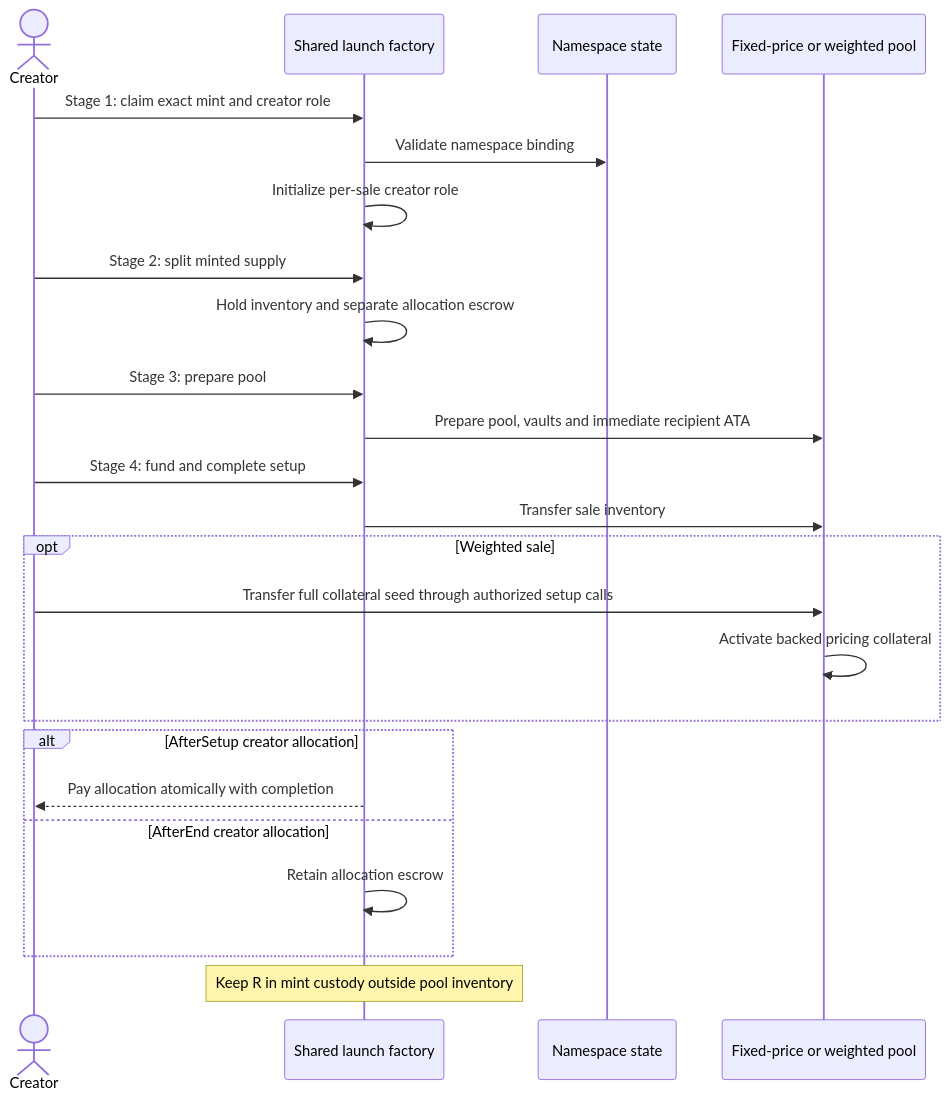
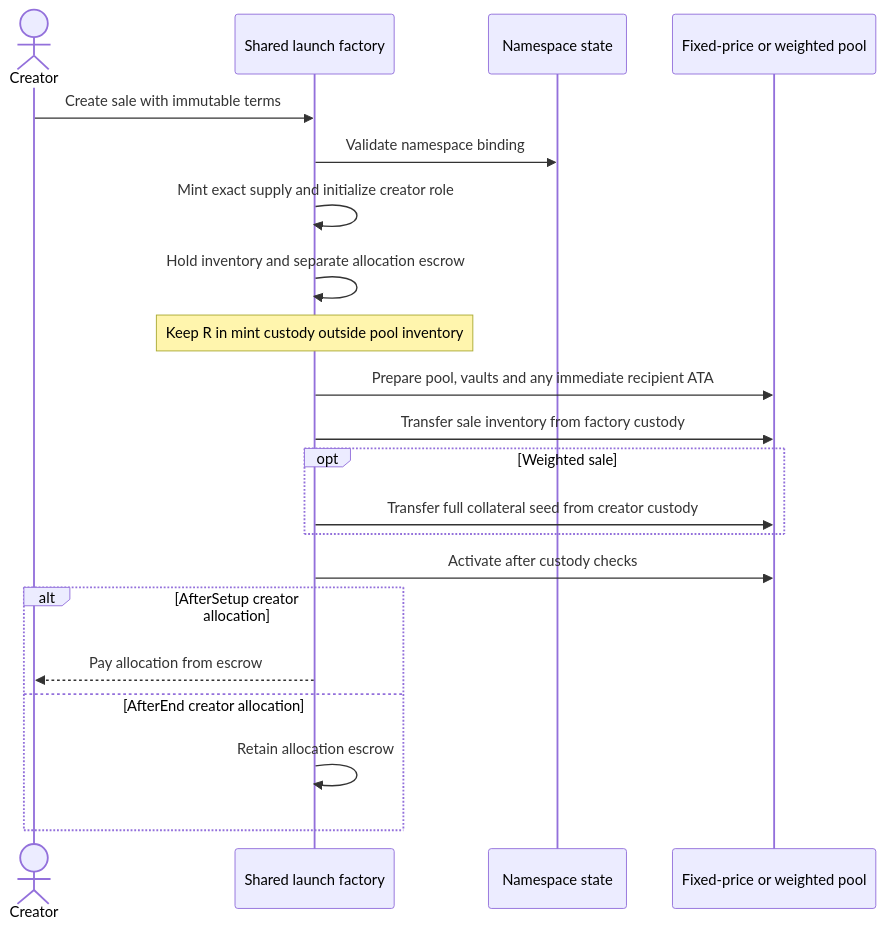
The diagram in docs/architecture/sequence-diagrams/create-lbp-pool.md (bleu/logos-launchpad), drawn with Mermaid before and after one commit. The commit also changed other lines of this file and 31 other files, not shown here.

First line of the commit message:
Create and fund public sales in one transaction (#64)

````diff
--- a/docs/architecture/sequence-diagrams/create-lbp-pool.md
+++ b/docs/architecture/sequence-diagrams/create-lbp-pool.md
@@ -7,27 +7,24 @@
 ```mermaid
 sequenceDiagram
     actor Creator
     participant Factory as Shared launch factory
     participant Namespace as Namespace state
     participant Pool as Fixed-price or weighted pool
 
-    Creator->>Factory: Stage 1: claim exact mint and creator role
+    Creator->>Factory: Create sale with immutable terms
     Factory->>Namespace: Validate namespace binding
-    Factory->>Factory: Initialize per-sale creator role
-    Creator->>Factory: Stage 2: split minted supply
+    Factory->>Factory: Mint exact supply and initialize creator role
     Factory->>Factory: Hold inventory and separate allocation escrow
-    Creator->>Factory: Stage 3: prepare pool
-    Factory->>Pool: Prepare pool, vaults and immediate recipient ATA
-    Creator->>Factory: Stage 4: fund and complete setup
-    Factory->>Pool: Transfer sale inventory
+    Note over Factory: Keep R in mint custody outside pool inventory
+    Factory->>Pool: Prepare pool, vaults and any immediate recipient ATA
+    Factory->>Pool: Transfer sale inventory from factory custody
     opt Weighted sale
-        Creator->>Pool: Transfer full collateral seed through authorized setup calls
-        Pool->>Pool: Activate backed pricing collateral
+        Factory->>Pool: Transfer full collateral seed from creator custody
     end
+    Factory->>Pool: Activate after custody checks
     alt AfterSetup creator allocation
-        Factory-->>Creator: Pay allocation atomically with completion
+        Factory-->>Creator: Pay allocation from escrow
     else AfterEnd creator allocation
         Factory->>Factory: Retain allocation escrow
     end
-    Note over Factory: Keep R in mint custody outside pool inventory
 ```
````
